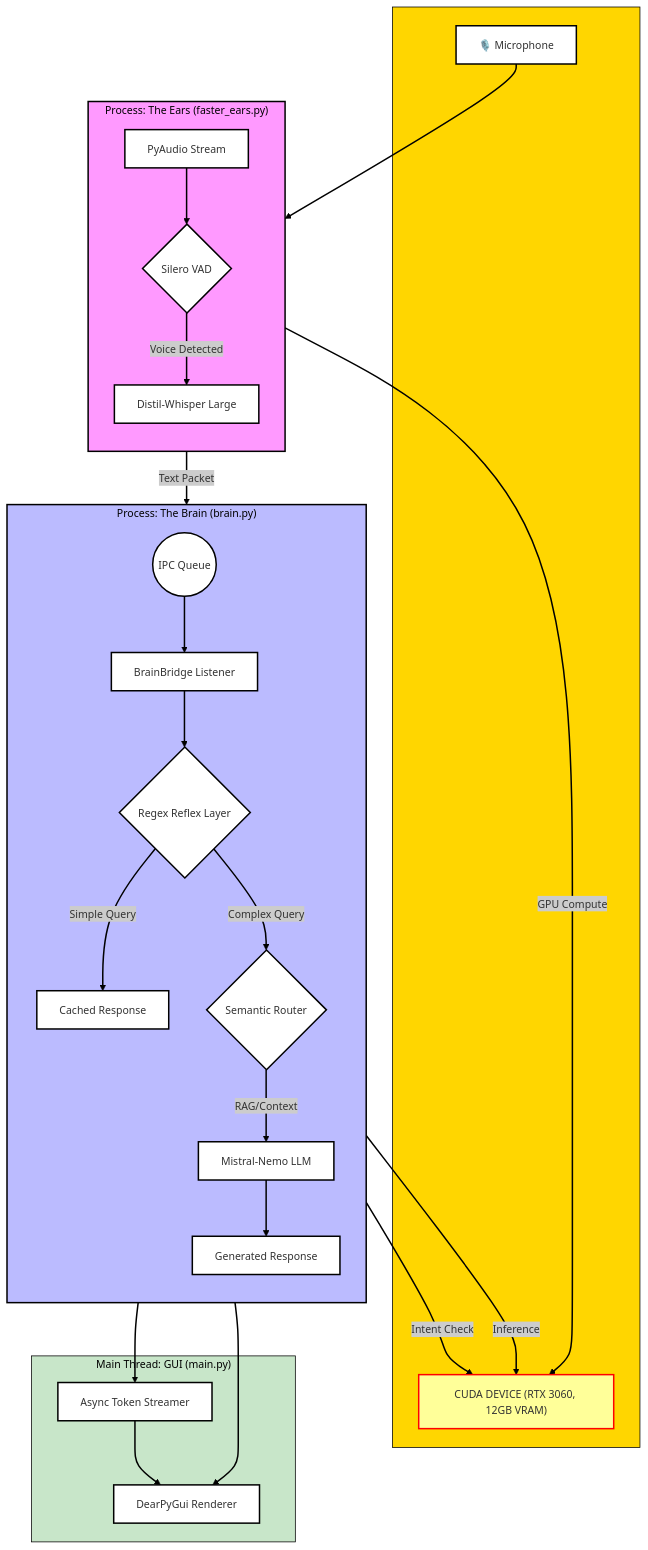
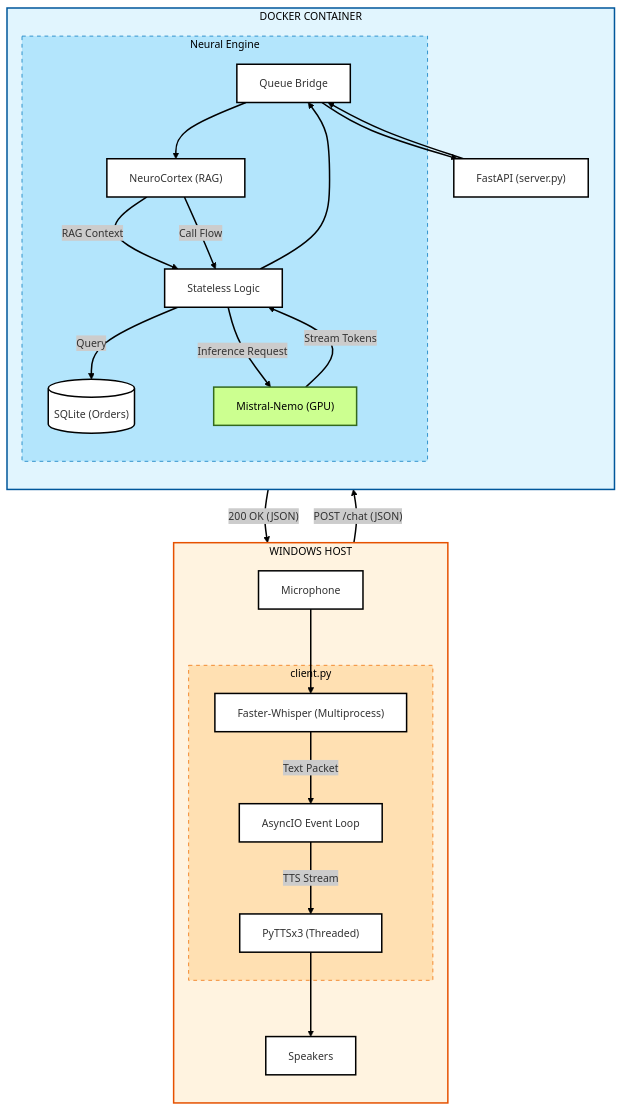
One commit to kiki-the-bot/saiko_v10 changed the diagram in README.md. Above: the diagram before and after it, drawn with Mermaid. The commit also changed other lines of this file, not shown here.

Commit message:
Enhance README with architecture and system flow details
Updated the README to include detailed architecture and system flow.

````diff
--- a/README.md
+++ b/README.md
@@ -1,55 +16,60 @@
 ```mermaid
 ---
 config:
   layout: fixed
   theme: neo
   look: classic
 ---
 flowchart TB
- subgraph HARDWARE["<br>"]
-        Mic["🎙️ Microphone"]
-        GPU["CUDA DEVICE (RTX 3060, 12GB VRAM)"]
-  end
- subgraph PROCESS_EARS["Process: The Ears (faster_ears.py)"]
+ subgraph HOST["WINDOWS HOST "]
     direction TB
-        PyAudio["PyAudio Stream"]
-        VAD{"Silero VAD"}
-        Whisper["Distil-Whisper Large"]
-  end
- subgraph PROCESS_BRAIN["Process: The Brain (brain.py)"]
+    Mic["Microphone"]
+    Spk["Speakers"]
+    
+    subgraph CLIENT["client.py"]
+        AsyncLoop["AsyncIO Event Loop"]
+        Ears["Faster-Whisper (Multiprocess)"]
+        Mouth["PyTTSx3 (Threaded)"]
+    end
+ end
+ 
+ subgraph DOCKER["DOCKER CONTAINER"]
     direction TB
-        Bridge["BrainBridge Listener"]
-        Regex{"Regex Reflex Layer"}
-        Router{"Semantic Router"}
-        LLM["Mistral-Nemo LLM"]
-        Queue(("IPC Queue"))
-        Response_Fast["Cached Response"]
-        Response_Slow["Generated Response"]
-  end
- subgraph PROCESS_UI["Main Thread: GUI (main.py)"]
-        DPG["DearPyGui Renderer"]
-        Stream["Async Token Streamer"]
-  end
-    Mic --> PyAudio
-    PyAudio --> VAD
-    VAD -- Voice Detected --> Whisper
-    Whisper -- GPU Compute --> GPU
-    PROCESS_EARS -- Text Packet --> Queue
-    Queue --> Bridge
-    Bridge --> Regex
-    Regex -- Simple Query --> Response_Fast
-    Regex -- Complex Query --> Router
-    Router -- Intent Check --> GPU
-    Router -- RAG/Context --> LLM
-    LLM -- Inference --> GPU
-    LLM --> Response_Slow
-    Response_Fast --> DPG
-    Response_Slow --> Stream
-    Stream --> DPG
+    API["FastAPI (server.py)"]
+    
+    subgraph CORE["Neural Engine"]
+        Bridge["Queue Bridge"]
+        Cortex["NeuroCortex (RAG)"]
+        Controller["Stateless Logic"]
+        ExLlama["Mistral-Nemo (GPU)"]
+        DB[("SQLite (Orders)")]
+    end
+ end
 
-    style GPU fill:#ff9,stroke:#f00
-    style PROCESS_EARS fill:#f9f,stroke:#000000,stroke-width:2px
-    style PROCESS_BRAIN fill:#bbf,stroke:#000000,stroke-width:2px
-    style HARDWARE stroke:#000000,fill:#FFD600
-    style PROCESS_UI fill:#C8E6C9,stroke:#000000
+    %% DATA FLOW
+    Mic --> Ears
+    Ears -- "Text Packet" --> AsyncLoop
+    AsyncLoop -- "POST /chat (JSON)" --> API
+    
+    API --> Bridge
+    Bridge --> Cortex
+    Cortex -- "RAG Context" --> Controller
+    Cortex -- "Call Flow" --> Controller
+    Controller -- "Query" --> DB
+    Controller -- "Inference Request" --> ExLlama
+    ExLlama -- "Stream Tokens" --> Controller
+    Controller --> Bridge
+    Bridge --> API
+    
+    API -- "200 OK (JSON)" --> AsyncLoop
+    AsyncLoop -- "TTS Stream" --> Mouth
+    Mouth --> Spk
+
+    %% STYLING
+    style DOCKER fill:#e1f5fe,stroke:#01579b,stroke-width:2px,color:#000000
+    style HOST fill:#fff3e0,stroke:#e65100,stroke-width:2px,color:#000000
+    style CORE fill:#b3e5fc,stroke:#0277bd,stroke-dasharray: 5 5,color:#000000
+    style CLIENT fill:#ffe0b2,stroke:#ef6c00,stroke-dasharray: 5 5,color:#000000
+    style ExLlama fill:#ccff90,stroke:#33691e,stroke-width:2px,color:#000000
+    linkStyle default stroke:#000000,stroke-width:2px;
 ```
````
